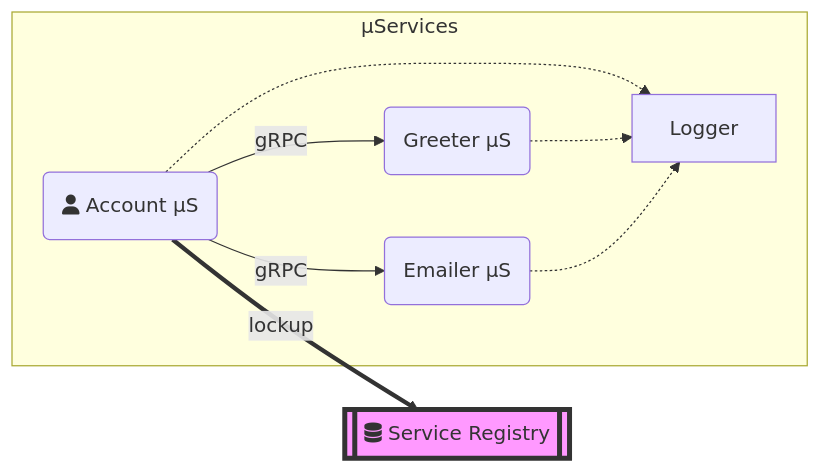
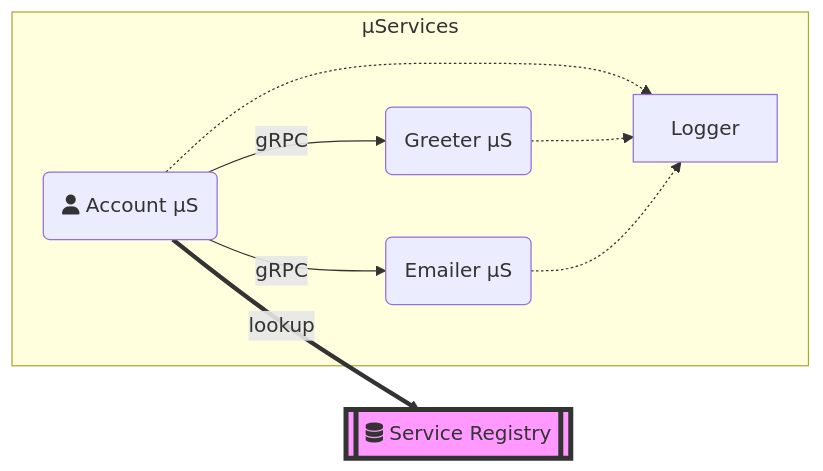
Before and after one commit to xmlking/micro-starter-kit: the diagram in service/account/README.md, drawn with Mermaid.

````diff
--- a/service/account/README.md
+++ b/service/account/README.md
@@ -6,9 +6,9 @@
 ```mermaid
 graph LR;
     subgraph µServices
     A(fa:fa-user Account µS)--gRPC-->G(Greeter µS) & E(Emailer µS);
     A & G & E -.-> L[Logger]
     end
-    A ==lockup==> SR[[fa:fa-database Service Registry]];
+    A ==lookup==> SR[[fa:fa-database Service Registry]];
     style SR fill:#f9f,stroke:#333,stroke-width:4px
 ```
````
